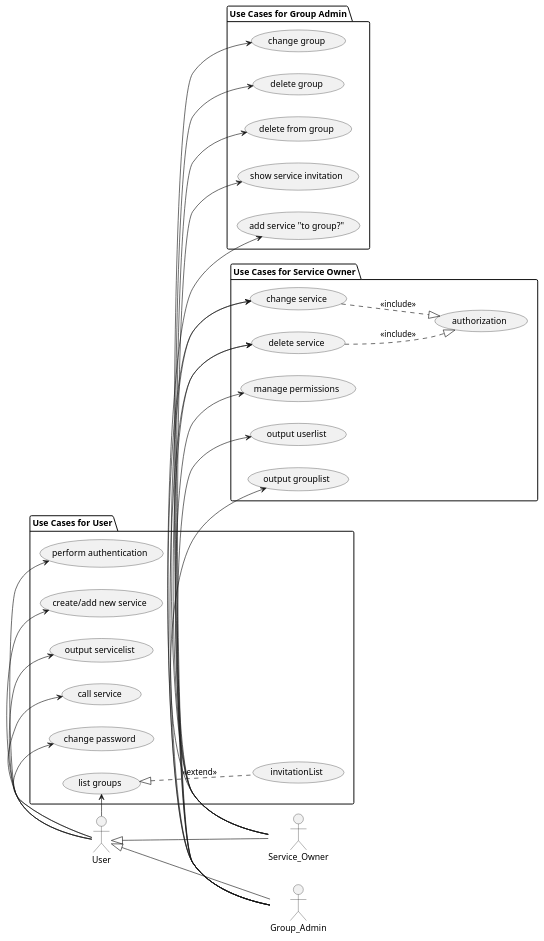
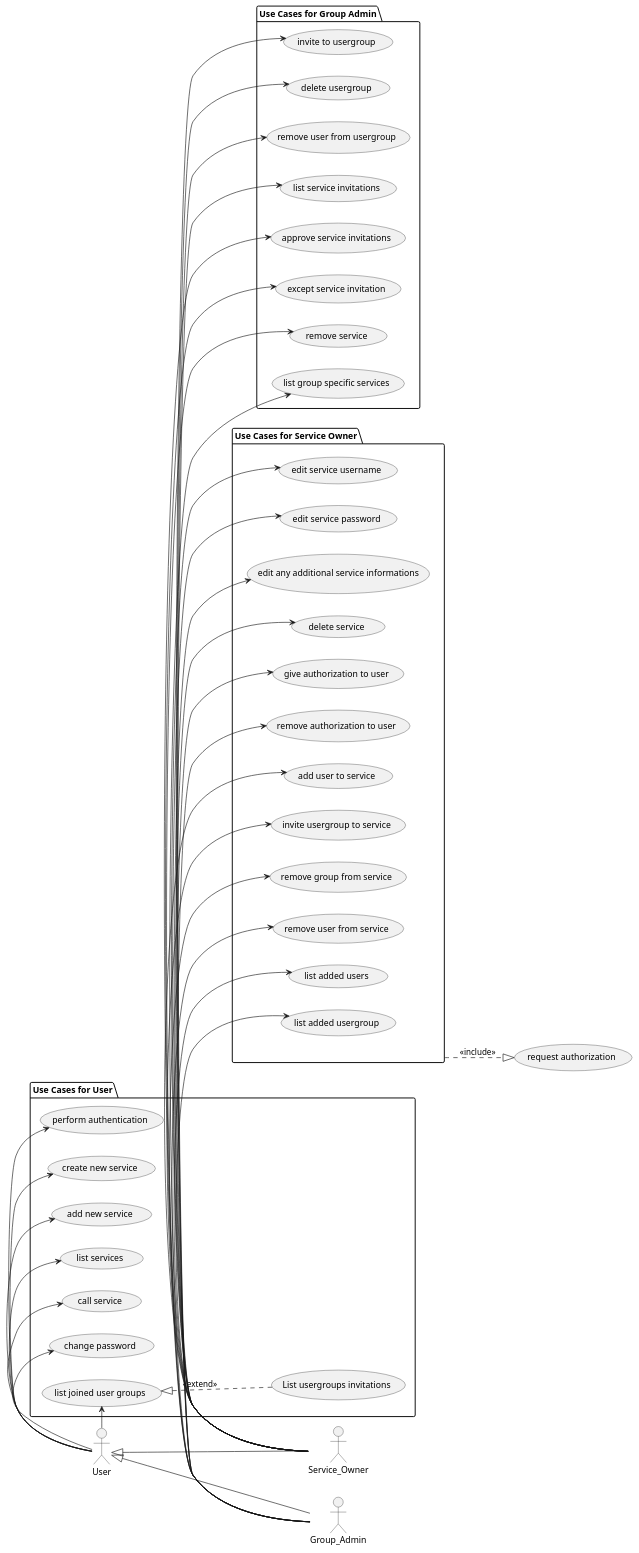
Before and after one commit to sesogr/auth-share: the diagram in doc/usecase.plantuml, drawn with PlantUML.

Commit message:
rename use cases and references

```diff
--- a/doc/usecase.plantuml
+++ b/doc/usecase.plantuml
@@ -1,65 +1,84 @@
 @startuml
 
 left to right direction
 
 actor User
 actor Service_Owner
 actor Group_Admin
 
 User <|-- Service_Owner
 User <|-- Group_Admin
 
 package "Use Cases for User" {
-    (perform authentication)
-    (create/add new service)
-    (output servicelist)
-    (call service)
-    (change password)
-    (list groups)
-    usecase "invitationList" as UC1
+    (perform authentication) as PA
+    (create new service) as CNS
+    (add new service) as ANS
+    (list services) as LS
+    (call service) as CS
+    (change password) as CP
+    (list joined user groups) as LJUG
+    usecase "List usergroups invitations" as UC1
 }
 
-User -> (perform authentication)
-User -> (create/add new service)
-User -> (output servicelist)
-User -> (call service)
-User -> (change password)
-User -> (list groups)
-(list groups) <|.. UC1 : <<extend>>
+User -> PA
+User -> CNS
+User -> ANS
+User -> LS
+User -> CS
+User -> CP
+User -> LJUG
+LJUG <|.. UC1 : <<extend>>
 
-package "Use Cases for Service Owner" {
-    (change service)
-    (delete service)
-    usecase "authorization" as UC2
-    (manage permissions)
-    (output userlist)
-    (output grouplist)
+package "Use Cases for Service Owner" as SO{
+    (edit service username) as ESU
+    (edit service password) as ESP
+    (edit any additional service informations) as EASI
+    (delete service) as DS
+    
+    (give authorization to user) as G_AUTH
+    (remove authorization to user) as R_AUTH
+    (add user to service) as AUTS
+    (invite usergroup to service) as IUFS
+    (remove group from service) as RGFS
+    (remove user from service) as RUFS
+    (list added users) as LAU
+    (list added usergroup) as LAG
 }
 
-Service_Owner -> (change service)
-Service_Owner -> (delete service)
-(change service) ..|> UC2 : <<include>>
-(delete service) ..|> UC2 : <<include>>
-Service_Owner -> (manage permissions)
-Service_Owner -> (output userlist)
-Service_Owner -> (output grouplist)
+(request authorization) as AUTH
+
+Service_Owner -> ESU
+Service_Owner -> ESP
+Service_Owner -> EASI
+Service_Owner -> DS
+SO ..|> AUTH : <<include>>
+Service_Owner -> G_AUTH
+Service_Owner -> R_AUTH
+Service_Owner -> AUTS
+Service_Owner -> IUFS
+Service_Owner -> RGFS
+Service_Owner -> RUFS
+Service_Owner -> LAU
+Service_Owner -> LAG
 
 package "Use Cases for Group Admin" {
-    (change group)
-    (delete group)
-    (delete from group)
-    (show service invitation)
-    (add service "to group?")
-    (delete service)
-    (change service)
+    (invite to usergroup) as ITG
+    (delete usergroup) as DG
+    (remove user from usergroup) as RUFG
+    (list service invitations) as LSI
+    (approve service invitations) as ASI
+    (except service invitation) as ESI
+    (remove service) as RS
+    (list group specific services) as LGSS
 }
 
-Group_Admin -> (change group)
-Group_Admin -> (delete group)
-Group_Admin -> (delete from group)
-Group_Admin -> (show service invitation)
-Group_Admin -> (add service "to group?")
-Group_Admin -> (delete service)
-Group_Admin -> (change service)
+Group_Admin -> ITG
+Group_Admin -> DG
+Group_Admin -> RUFG
+Group_Admin -> LSI
+Group_Admin -> ASI
+Group_Admin -> ESI
+Group_Admin -> RS
+Group_Admin -> LGSS
 
 @enduml
```
